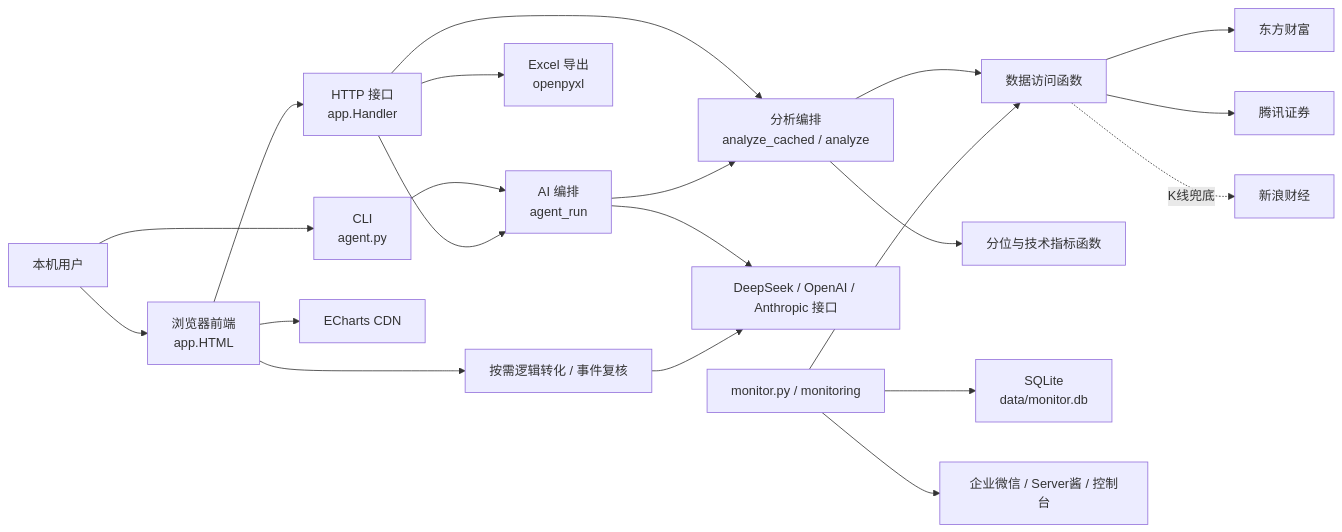
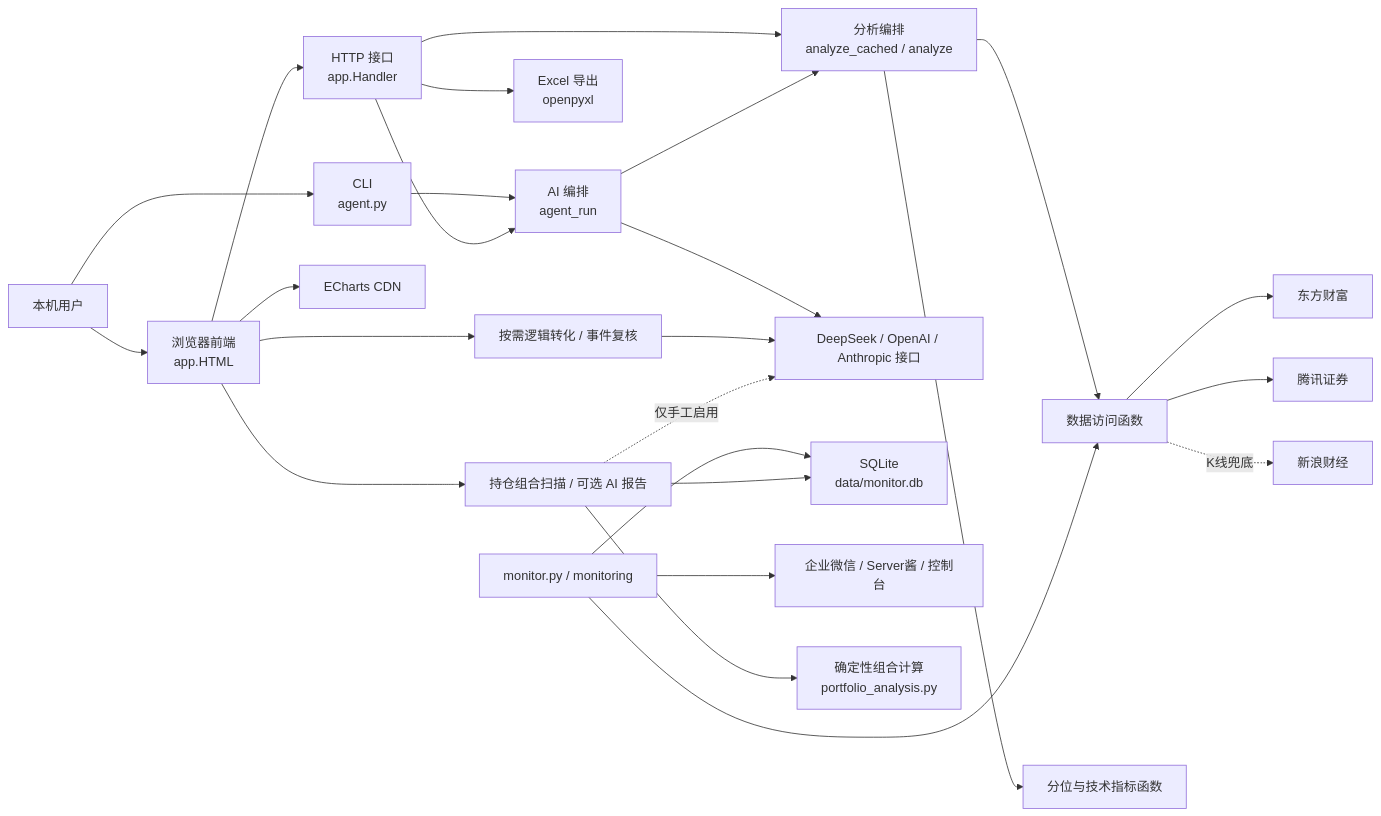
Before and after one commit to pierson1936-crypto/valuation-dashboard: the first of 2 diagrams in docs/ARCHITECTURE.md, drawn with Mermaid. The commit also changed other lines of this file and 25 other files, not shown here.

````diff
--- a/docs/ARCHITECTURE.md
+++ b/docs/ARCHITECTURE.md
@@ -9,23 +9,27 @@
 ```mermaid
 flowchart LR
     U["本机用户"] --> B["浏览器前端<br/>app.HTML"]
     U --> C["CLI<br/>agent.py"]
     B --> H["HTTP 接口<br/>app.Handler"]
     C --> A["AI 编排<br/>agent_run"]
     H --> S["分析编排<br/>analyze_cached / analyze"]
     A --> S
     H --> A
     S --> D["数据访问函数"]
     S --> Q["分位与技术指标函数"]
     D --> EM["东方财富"]
     D --> T["腾讯证券"]
     D -. "K线兜底" .-> SI["新浪财经"]
     A --> L["DeepSeek / OpenAI / Anthropic 接口"]
     H --> X["Excel 导出<br/>openpyxl"]
     B --> E["ECharts CDN"]
     M["monitor.py / monitoring"] --> D
     M --> DB["SQLite<br/>data/monitor.db"]
     M --> W["企业微信 / Server酱 / 控制台"]
     B --> R["按需逻辑转化 / 事件复核"]
     R --> L
+    B --> P["持仓组合扫描 / 可选 AI 报告"]
+    P --> PA["确定性组合计算<br/>portfolio_analysis.py"]
+    P --> DB
+    P -. "仅手工启用" .-> L
 ```
````
